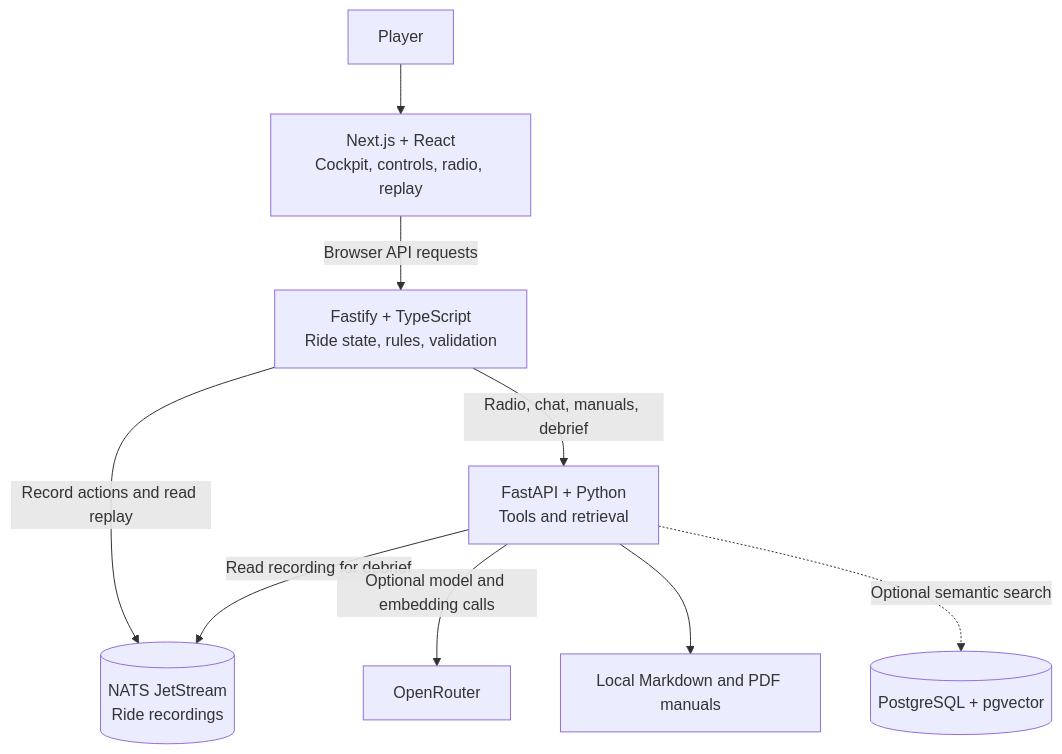
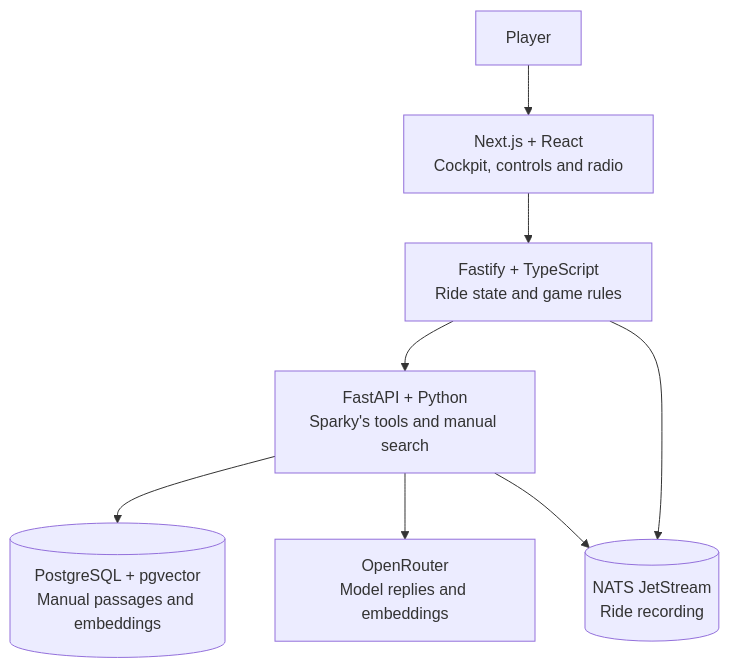
The diagram in README.md (AndreiAyar/escape-docs), drawn with Mermaid before and after one commit. The commit also changed other lines of this file and 3 other files, not shown here.

````diff
--- a/README.md
+++ b/README.md
@@ -46,11 +41,10 @@
 ```mermaid
 flowchart TD
-    Player["Player"] --> Web["Next.js + React<br/>Cockpit, controls, radio, replay"]
-    Web -->|"Browser API requests"| API["Fastify + TypeScript<br/>Ride state, rules, validation"]
-    API -->|"Radio, chat, manuals, debrief"| AI["FastAPI + Python<br/>Tools and retrieval"]
-    API -->|"Record actions and read replay"| NATS[("NATS JetStream<br/>Ride recordings")]
-    AI -->|"Read recording for debrief"| NATS
-    AI -->|"Optional model and embedding calls"| OpenRouter["OpenRouter"]
-    AI --> Manuals["Local Markdown and PDF manuals"]
-    AI -.->|"Optional semantic search"| PG[("PostgreSQL + pgvector")]
+    Player["Player"] --> Web["Next.js + React<br/>Cockpit, controls and radio"]
+    Web --> API["Fastify + TypeScript<br/>Ride state and game rules"]
+    API --> AI["FastAPI + Python<br/>Sparky's tools and manual search"]
+    AI --> PG[("PostgreSQL + pgvector<br/>Manual passages and embeddings")]
+    AI --> OpenRouter["OpenRouter<br/>Model replies and embeddings"]
+    API --> NATS[("NATS JetStream<br/>Ride recording")]
+    AI --> NATS
 ```
````
